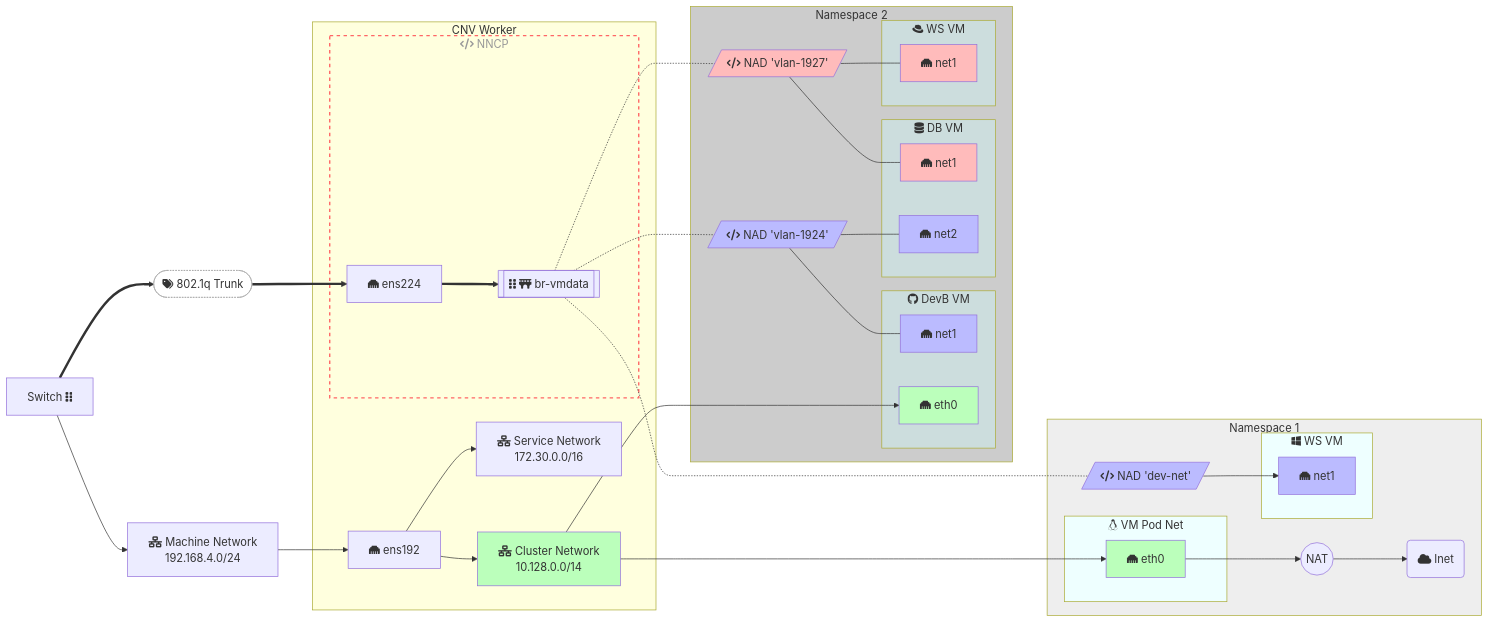
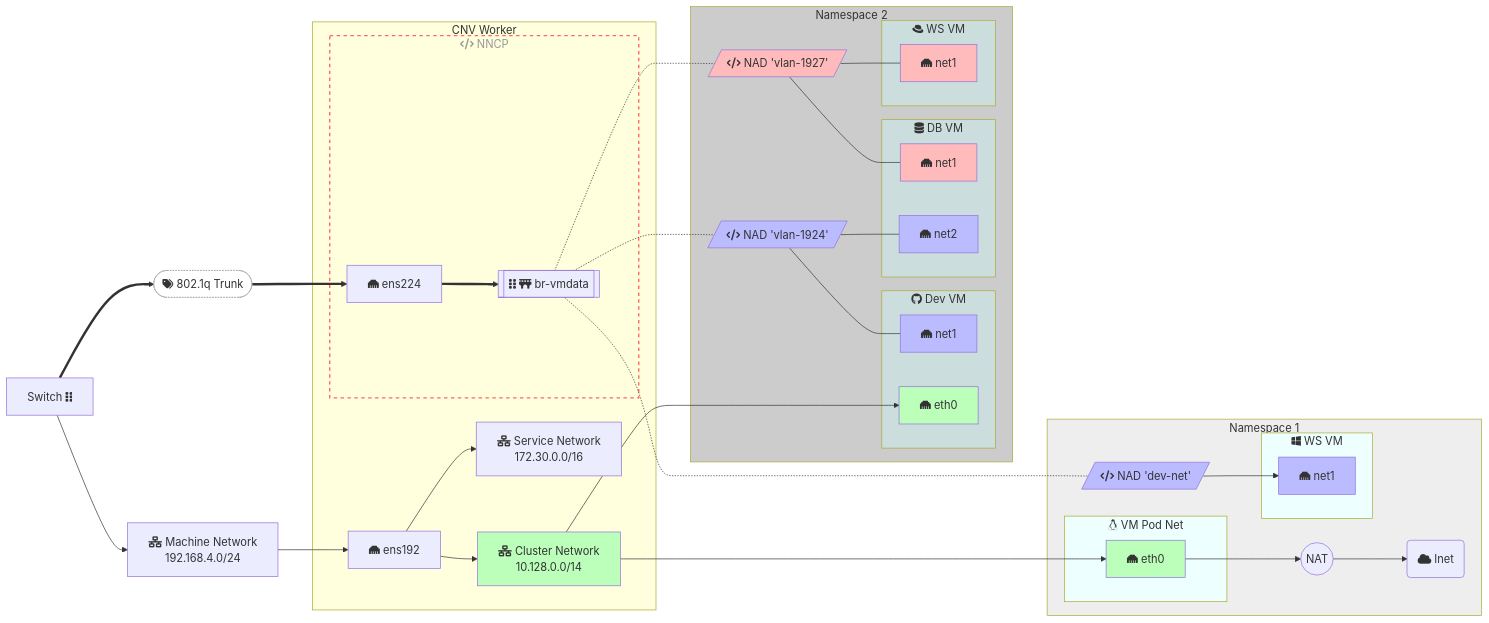
One commit to dlbewley/demo-virt changed the second of 3 diagrams in networking/diagram.md. Above: the diagram before and after it, drawn with Mermaid. The commit also changed other lines of this file, not shown here.

````diff
--- a/networking/diagram.md
+++ b/networking/diagram.md
@@ -95,78 +101,78 @@
 ```mermaid
 graph LR;
 
   switch["Switch fa:fa-grip-vertical"]
   machinenet["fa:fa-network-wired Machine Network<br> 192.168.4.0/24"]
   switch --> machinenet --> ens192
   switch ==> T(["fa:fa-tags 802.1q Trunk"]) ==> ens224[ens224]
 
   subgraph node["CNV Worker"]
     ens192["fa:fa-ethernet ens192"]
     servicenet["fa:fa-network-wired Service Network<br> 172.30.0.0/16"]
     clusternet["fa:fa-network-wired Cluster Network<br> 10.128.0.0/14"]
 
     ens192 --> servicenet
     ens192 --> clusternet
 
     subgraph nncp["fa:fa-code NNCP"]
       ens224["fa:fa-ethernet ens224"]
       ens224 ==> br-vmdata[["fa:fa-grip-vertical fa:fa-bridge br-vmdata"]]
     end
   end
 
   subgraph ns1["Namespace 1"]
     subgraph ns1-vm1[fab:fa-linux VM Pod Net]
         nginx-nic["fa:fa-ethernet eth0"]
     end
     clusternet ----> nginx-nic
     nginx-nic --> nat((NAT)) --> inet("fa:fa-cloud Inet")
 
     subgraph ns1-vm2[fab:fa-windows WS VM]
         ns1-vm2-nic1["fa:fa-ethernet net1"]
     end
     br-vmdata -.- ns1-nad-1924[/"fa:fa-code NAD 'dev-net'"/] --> ns1-vm2-nic1
   end
 
   subgraph ns2["Namespace 2"]
-    subgraph ns2-vm1[fab:fa-github DevB VM]
+    subgraph ns2-vm1[fab:fa-github Dev VM]
         ns2-vm1-nic1["fa:fa-ethernet net1"]
         ns2-vm1-nic2["fa:fa-ethernet eth0"]
     end
 
     clusternet --> ns2-vm1-nic2
 
     subgraph ns2-vm2["fa:fa-database DB VM"]
         ns2-vm2-nic1["fa:fa-ethernet net1"]
         ns2-vm2-nic2["fa:fa-ethernet net2"]
     end
 
     subgraph ns2-vm3["fab:fa-redhat WS VM"]
         ns2-vm3-nic1["fa:fa-ethernet net1"]
     end
 
     br-vmdata -.- ns2-nad-1924[/"fa:fa-code NAD 'vlan-1924'"/] --- ns2-vm1-nic1
                 ns2-nad-1924                                   --- ns2-vm2-nic2
     br-vmdata -.- ns2-nad-1927[/"fa:fa-code NAD 'vlan-1927'"/] --- ns2-vm2-nic1
                 ns2-nad-1927                                   --- ns2-vm3-nic1
   end
 
   classDef clusterNet fill:#bfb
   class clusternet,nginx-nic,ns2-vm1-nic2 clusterNet
 
   classDef vlan-1924 fill:#bbf
   class ens224.1924,br-1924,ns1-nad-1924,ns2-nad-1924,ns1-vm2-nic1,ns1-ws2-1924,ns2-vm1-nic1,ns2-vm2-nic2 vlan-1924
 
   classDef vlan-1927 fill:#fbb
   class ens224.1927,br-1927,ns1-nad-1927,ns2-nad-1927,ns2-vm2-nic1,ns2-vm3-nic1 vlan-1927
 
   style nncp stroke:#f66,stroke-width:2px,color:#999,stroke-dasharray: 5 5
   style T fill:white,stroke:darkgrey,stroke-width:1px,color:#333,stroke-dasharray: 2 2
 
   classDef ns1-vm fill:#eff
   class ns1-vm1,ns1-vm2 ns1-vm
   style ns1 fill:#eee
 
   classDef ns2-vm fill:#cdd
   class ns2-vm1,ns2-vm2,ns2-vm3 ns2-vm
   style ns2 fill:#ccc
 ```
````
